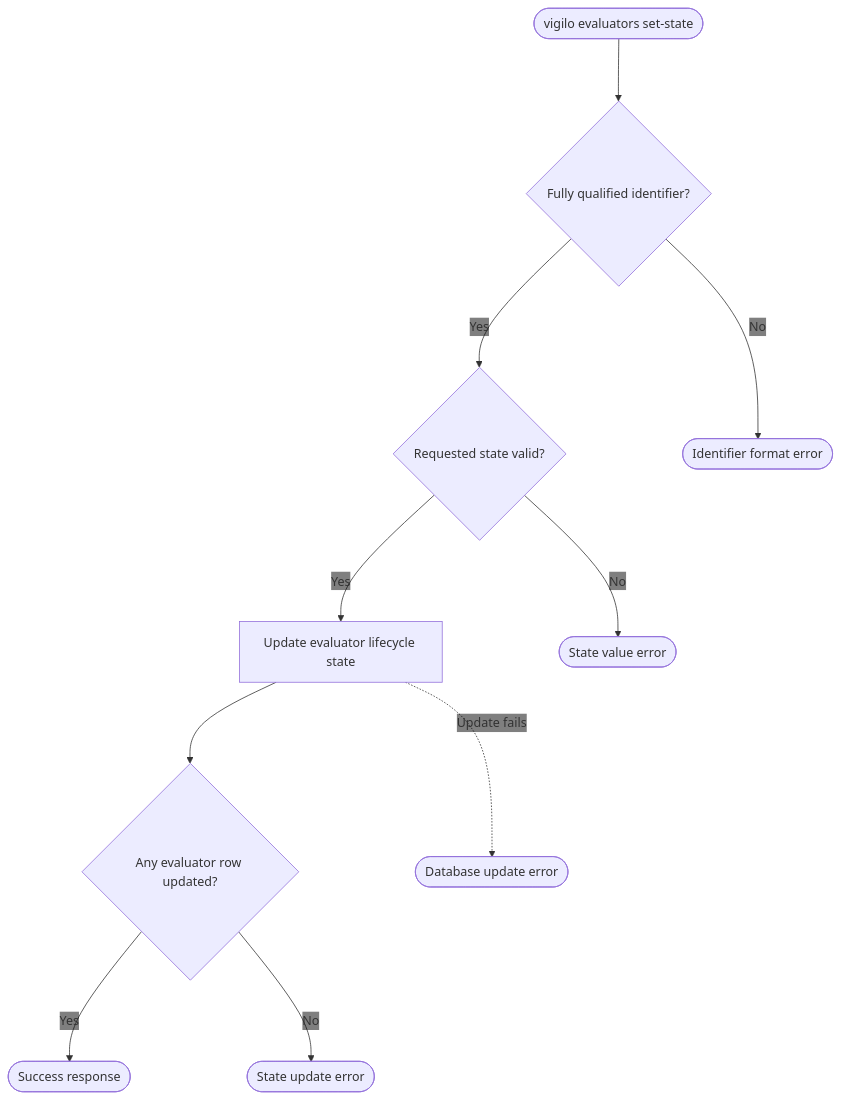
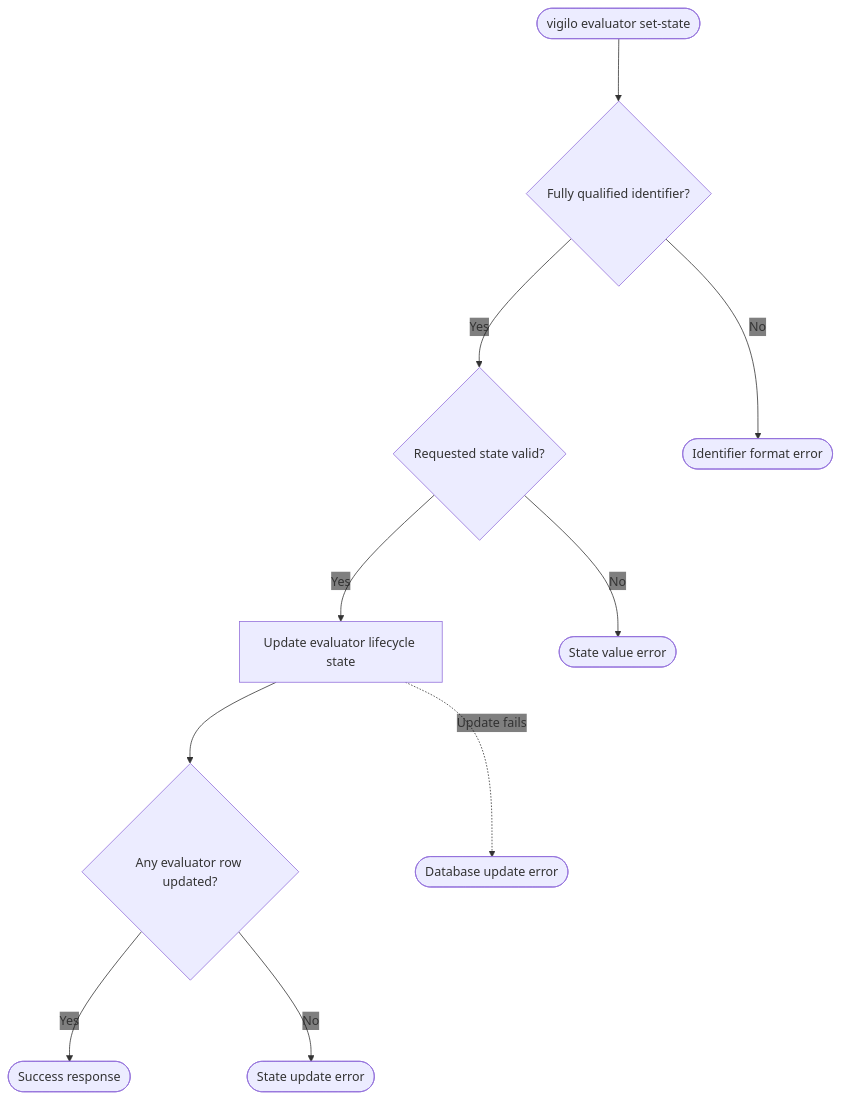
Before and after one commit to gregl83/agent-vigilo: the diagram in web/docs/architecture/flows/evaluators/set-state/decision-flow.mmd, drawn with Mermaid. The commit also changed 40 other files, not shown here.

```diff
--- a/web/docs/architecture/flows/evaluators/set-state/decision-flow.mmd
+++ b/web/docs/architecture/flows/evaluators/set-state/decision-flow.mmd
@@ -1,41 +1,41 @@
 ---
 config:
   flowchart:
     nodeSpacing: 150
     rankSpacing: 80
   themeVariables:
     edgeLabelBackground: 'transparent'
 ---
 flowchart TD
-    Start([vigilo evaluators set-state])
+    Start([vigilo evaluator set-state])
 
     Identifier{Fully qualified identifier?}
     State{Requested state valid?}
     Update[Update evaluator lifecycle state]
     Updated{Any evaluator row updated?}
 
     Success([Success response])
 
     IdentifierFail([Identifier format error])
     StateFail([State value error])
     UpdateFail([Database update error])
     NotUpdatedFail([State update error])
 
     Start --> Identifier
 
     Identifier -- No --> IdentifierFail
     Identifier -- Yes --> State
 
     State -- No --> StateFail
     State -- Yes --> Update
 
     Update --> Updated
     Update -. Update fails .-> UpdateFail
 
     Updated -- Yes --> Success
     Updated -- No --> NotUpdatedFail
 
     class Start command
     class Success success
     class Identifier,State,Update,Updated system
     class IdentifierFail,StateFail,UpdateFail,NotUpdatedFail error
```
